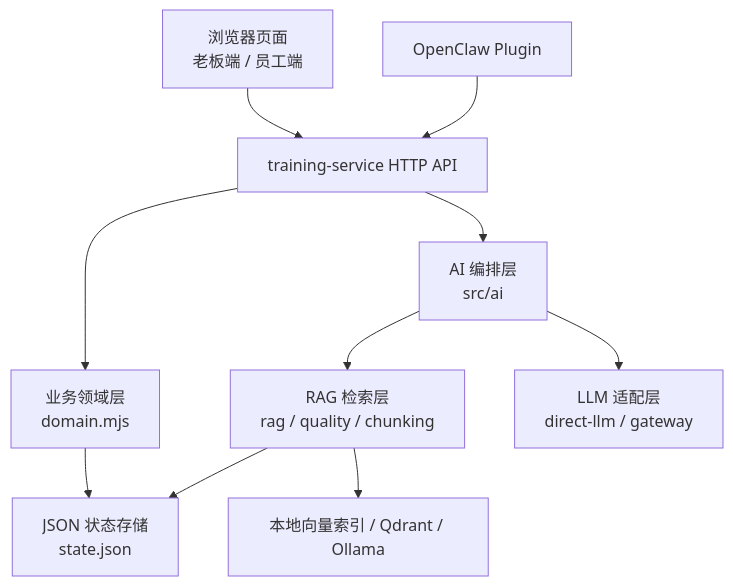
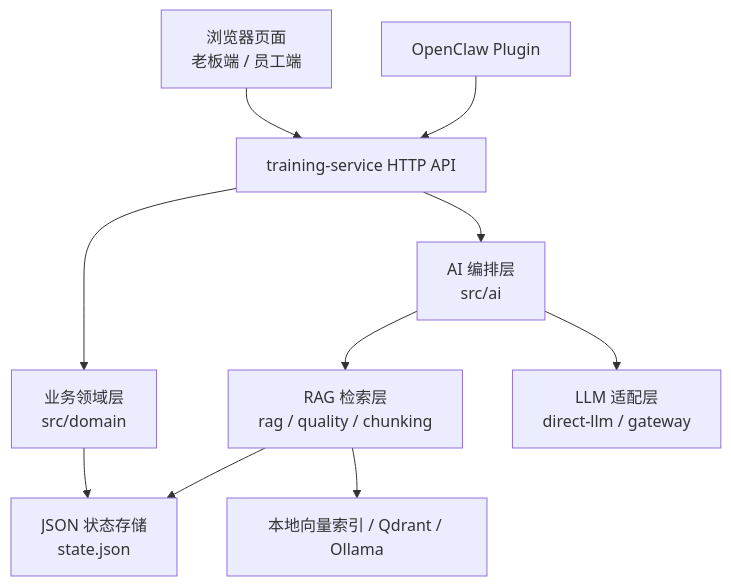
The first of 4 diagrams in docs/PROJECT_OVERVIEW.md (fanhua317/peixunfapin), drawn with Mermaid before and after one commit. The commit also changed other lines of this file and 74 other files, not shown here.

Commit message:
Stabilize training agent architecture and parent-child RAG

````diff
--- a/docs/PROJECT_OVERVIEW.md
+++ b/docs/PROJECT_OVERVIEW.md
@@ -272,12 +307,12 @@
 ```mermaid
 flowchart TD
     A["浏览器页面<br/>老板端 / 员工端"] --> B["training-service HTTP API"]
-    B --> C["业务领域层<br/>domain.mjs"]
+    B --> C["业务领域层<br/>src/domain"]
     B --> D["AI 编排层<br/>src/ai"]
     D --> E["RAG 检索层<br/>rag / quality / chunking"]
     D --> F["LLM 适配层<br/>direct-llm / gateway"]
     C --> G["JSON 状态存储<br/>state.json"]
     E --> G
     E --> H["本地向量索引 / Qdrant / Ollama"]
     I["OpenClaw Plugin"] --> B
 ```
````
